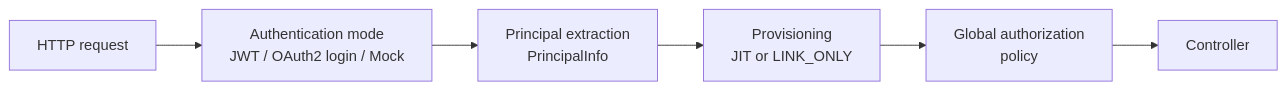
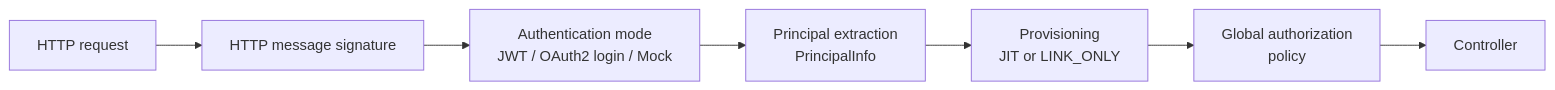
Before and after one commit to Decathlon/internal-developer-platform: the diagram in docs/src/concepts/authentication.md, drawn with Mermaid. The commit also changed other lines of this file and 27 other files, not shown here.

Commit message:
feat(security): enforce HTTP request signature validation

````diff
--- a/docs/src/concepts/authentication.md
+++ b/docs/src/concepts/authentication.md
@@ -9,8 +9,9 @@
 ```mermaid
 flowchart LR
-    A[HTTP request] --> B[Authentication mode<br/>JWT / OAuth2 login / Mock]
+    A[HTTP request] --> G[HTTP message signature]
+    G --> B[Authentication mode<br/>JWT / OAuth2 login / Mock]
     B --> C[Principal extraction<br/>PrincipalInfo]
     C --> D[Provisioning<br/>JIT or LINK_ONLY]
     D --> E[Global authorization<br/>policy]
     E --> F[Controller]
 ```
````
